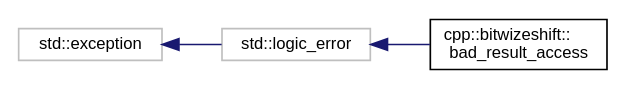
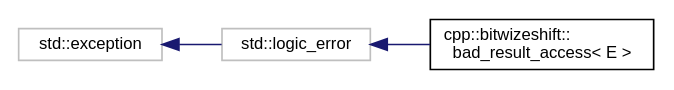
One commit to bitwizeshift/result changed the diagram in api/latest/inherit_graph_0.dot. Above: the diagram before and after it, drawn with Graphviz. The commit also changed 42 other files, not shown here.

```diff
--- a/api/latest/inherit_graph_0.dot
+++ b/api/latest/inherit_graph_0.dot
@@ -1,11 +1,11 @@
 digraph "Graphical Class Hierarchy"
 {
   edge [fontname="Helvetica",fontsize="10",labelfontname="Helvetica",labelfontsize="10"];
   node [fontname="Helvetica",fontsize="10",shape=record];
   rankdir="LR";
   Node13 [label="std::exception",height=0.2,width=0.4,color="grey75", fillcolor="white", style="filled",tooltip="STL class. "];
   Node13 -> Node14 [dir="back",color="midnightblue",fontsize="10",style="solid",fontname="Helvetica"];
   Node14 [label="std::logic_error",height=0.2,width=0.4,color="grey75", fillcolor="white", style="filled",tooltip="STL class. "];
   Node14 -> Node0 [dir="back",color="midnightblue",fontsize="10",style="solid",fontname="Helvetica"];
-  Node0 [label="cpp::bitwizeshift::\lbad_result_access",height=0.2,width=0.4,color="black", fillcolor="white", style="filled",URL="$de/dac/classcpp_1_1bitwizeshift_1_1bad__result__access.html",tooltip="An exception thrown when result::value is accessed without a contained value. "];
+  Node0 [label="cpp::bitwizeshift::\lbad_result_access\< E \>",height=0.2,width=0.4,color="black", fillcolor="white", style="filled",URL="$de/dac/classcpp_1_1bitwizeshift_1_1bad__result__access.html",tooltip="An exception thrown when result::value is accessed without a contained value. "];
 }
```
